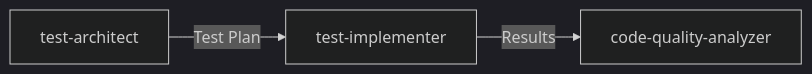
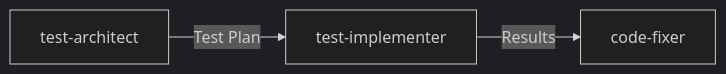
Before and after one commit to mudspot/prometheus-agents: the third of 3 diagrams in README.md, drawn with Mermaid (dark theme). The commit also changed other lines of this file and 22 other files, not shown here.

````diff
--- a/README.md
+++ b/README.md
@@ -183,5 +183,5 @@
 ```mermaid
 graph LR
     A[test-architect] -->|Test Plan| B[test-implementer]
-    B -->|Results| C[code-quality-analyzer]
+    B -->|Results| C[code-fixer]
 ```
````
